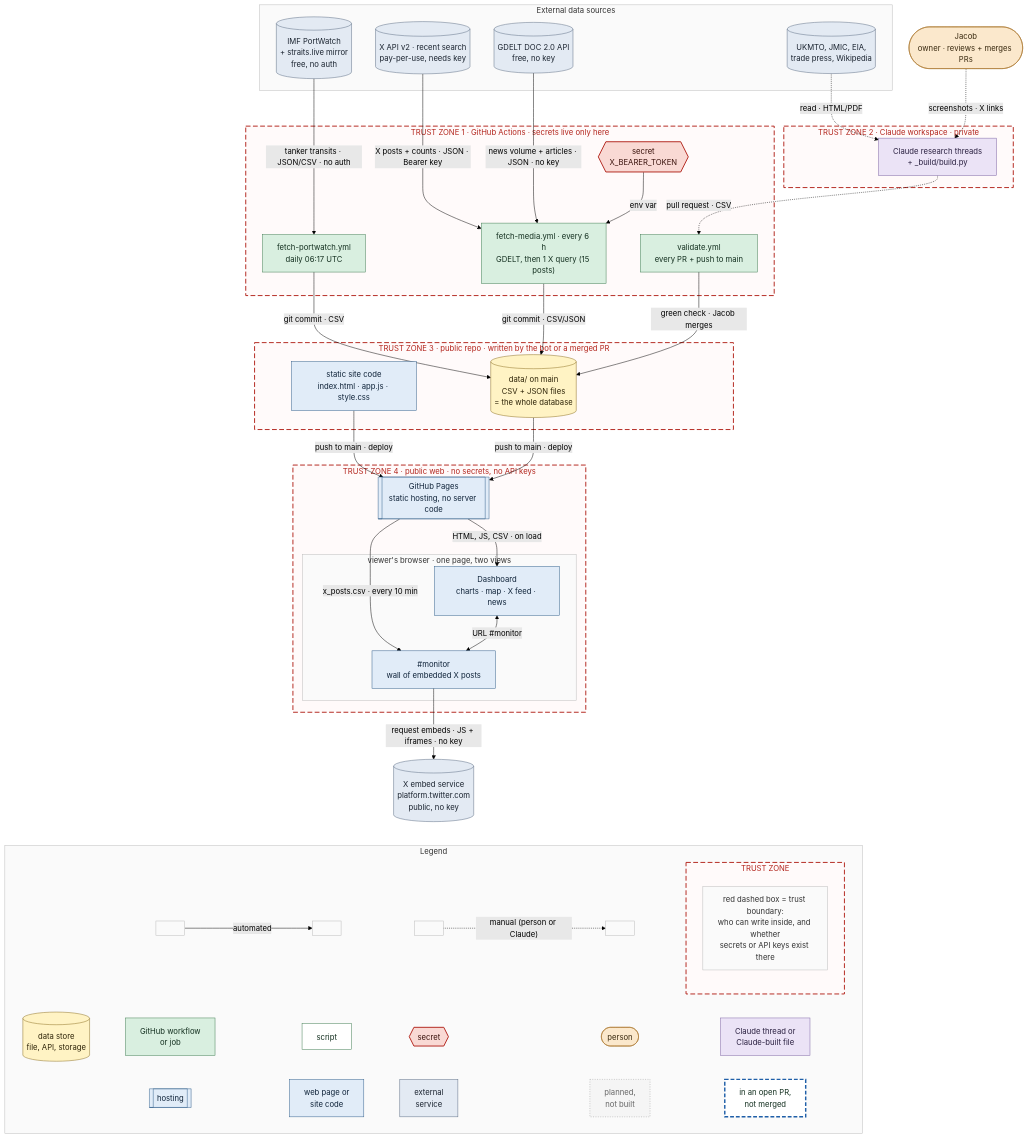
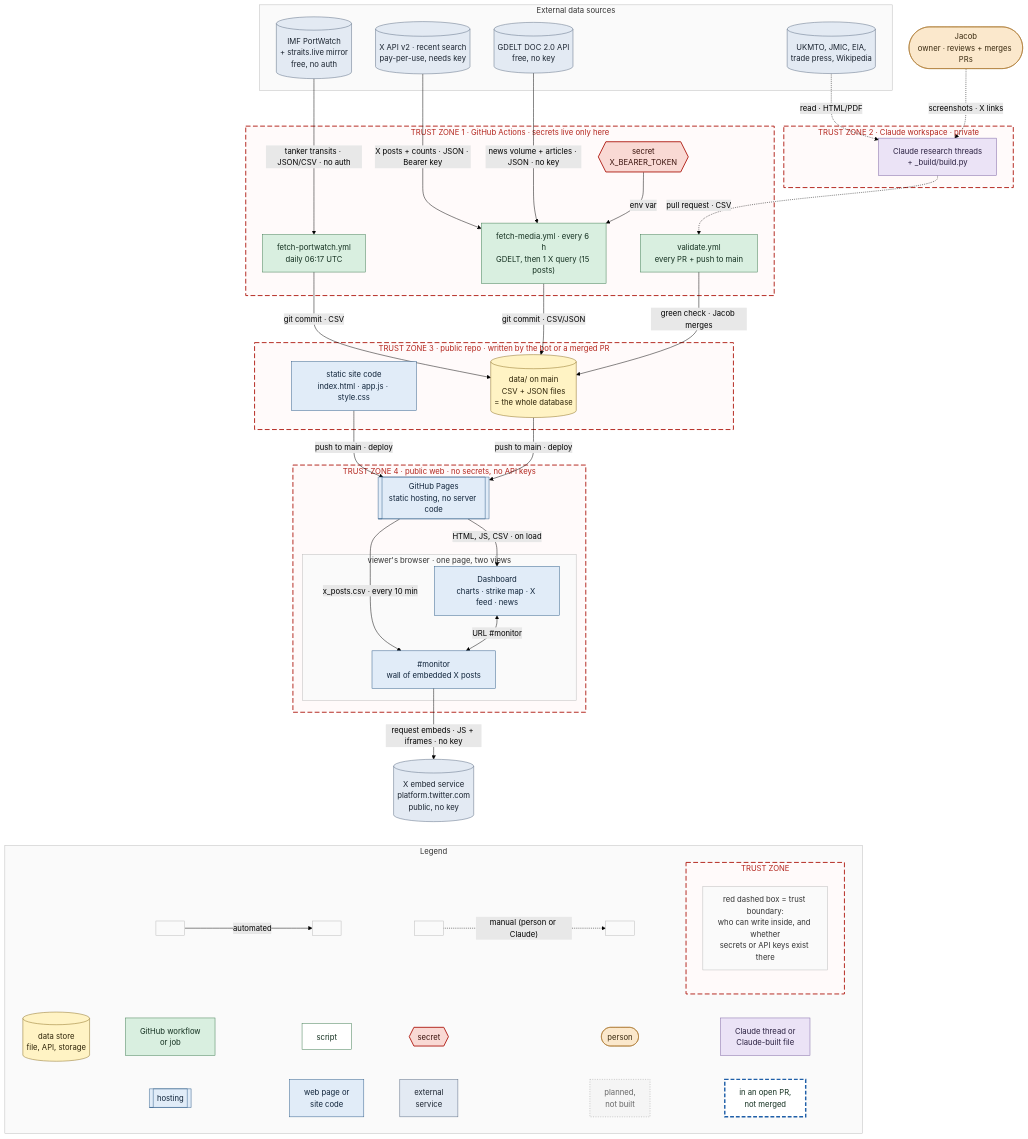
Before and after one commit to jjmargolis/Straight-Tracker: the diagram in docs/architecture/01-overview.mmd, drawn with Mermaid (forest theme). The commit also changed 8 other files, not shown here.

Commit message:
Docs: update architecture diagrams for civil infrastructure and merged cache-busting

```diff
--- a/docs/architecture/01-overview.mmd
+++ b/docs/architecture/01-overview.mmd
@@ -1,102 +1,102 @@
 %% 1. Overview: trust zones and the main data path.
 %% Mermaid source. Render with ./render.sh (ELK layout, right-angle edges).
 %% Edge labels: what · format · cadence · auth. Shapes, colours and line styles: see 00-legend.mmd.
 flowchart TB
   subgraph SRC["External data sources"]
     PW[("IMF PortWatch<br/>+ straits.live mirror<br/>free, no auth")]
     XA[("X API v2 · recent search<br/>pay-per-use, needs key")]
     GD[("GDELT DOC 2.0 API<br/>free, no key")]
     REP[("UKMTO, JMIC, EIA,<br/>trade press, Wikipedia")]
   end
   J(["Jacob<br/>owner · reviews + merges PRs"])
 
   subgraph Z1["TRUST ZONE 1 · GitHub Actions · secrets live only here"]
     PWJ["fetch-portwatch.yml<br/>daily 06:17 UTC"]
     SEC{{"secret<br/>X_BEARER_TOKEN"}}
     MEDIA["fetch-media.yml · every 6 h<br/>GDELT, then 1 X query (15 posts)"]
     VAL["validate.yml<br/>every PR + push to main"]
   end
 
   subgraph Z2["TRUST ZONE 2 · Claude workspace · private"]
     CL["Claude research threads<br/>+ _build/build.py"]
   end
 
   subgraph Z3["TRUST ZONE 3 · public repo · written by the bot or a merged PR"]
     SITE["static site code<br/>index.html · app.js · style.css"]
     DATA[("data/ on main<br/>CSV + JSON files<br/>= the whole database")]
   end
 
   subgraph Z4["TRUST ZONE 4 · public web · no secrets, no API keys"]
     PAGES[["GitHub Pages<br/>static hosting, no server code"]]
     subgraph BR["viewer's browser · one page, two views"]
-      DASH["Dashboard<br/>charts · map · X feed · news"]
+      DASH["Dashboard<br/>charts · strike map · X feed · news"]
       MON["#monitor<br/>wall of embedded X posts"]
     end
   end
   XEMB[("X embed service<br/>platform.twitter.com<br/>public, no key")]
 
   subgraph LEG["Legend"]
     direction LR
     a1[("data store<br/>file, API, storage")] ~~~ a2["GitHub workflow<br/>or job"] ~~~ a3["script"] ~~~ a4{{"secret"}} ~~~ a5(["person"]) ~~~ a6["Claude thread or<br/>Claude-built file"]
     a7[["hosting"]] ~~~ a8["web page or<br/>site code"] ~~~ a9["external<br/>service"] ~~~ a10["planned,<br/>not built"] ~~~ a11["in an open PR,<br/>not merged"]
     b1[" "] -->|"automated"| b2[" "] ~~~ c1[" "] -.->|"manual (person or Claude)"| c2[" "]
     subgraph ZONE["TRUST ZONE"]
       z1["red dashed box = trust boundary:<br/>who can write inside, and whether<br/>secrets or API keys exist there"]
     end
     c2 ~~~ ZONE
   end
 
   XEMB ~~~ LEG
   PW -->|"tanker transits · JSON/CSV · no auth"| PWJ
   XA -->|"X posts + counts · JSON · Bearer key"| MEDIA
   GD -->|"news volume + articles · JSON · no key"| MEDIA
   SEC -->|"env var"| MEDIA
   REP -.->|"read · HTML/PDF"| CL
   J -.->|"screenshots · X links"| CL
   CL -.->|"pull request · CSV"| VAL
   PWJ -->|"git commit · CSV"| DATA
   MEDIA -->|"git commit · CSV/JSON"| DATA
   VAL -->|"green check · Jacob merges"| DATA
   SITE -->|"push to main · deploy"| PAGES
   DATA -->|"push to main · deploy"| PAGES
   PAGES -->|"HTML, JS, CSV · on load"| DASH
   PAGES -->|"x_posts.csv · every 10 min"| MON
   DASH <-->|"URL #monitor"| MON
   MON -->|"request embeds · JS + iframes · no key"| XEMB
 
   classDef ext fill:#e3eaf3,stroke:#5a6b80,color:#1b2430
   classDef human fill:#fbe8cc,stroke:#a8742a,color:#3a2a10
   classDef claude fill:#ebe3f6,stroke:#7a62a3,color:#2a2040
   classDef job fill:#d9efe0,stroke:#3d7a4f,color:#143020
   classDef script fill:#ffffff,stroke:#3d7a4f,color:#143020
   classDef data fill:#fff3c4,stroke:#8a6d1f,color:#2e2408
   classDef site fill:#e1ecf8,stroke:#2f5d8a,color:#10243a
   classDef secret fill:#f9d9d4,stroke:#b3261e,color:#3a120c,stroke-width:2px
   classDef pending stroke:#1f5fa8,stroke-width:3px,stroke-dasharray:8 4
   classDef planned fill:#f5f5f5,stroke:#999999,color:#666666,stroke-dasharray:2 3
   classDef note fill:#fff7d6,stroke:#c9a227,color:#3a2e08
   classDef zone fill:#fffafa,stroke:#b3261e,stroke-width:2px,stroke-dasharray:10 5,color:#b3261e
   classDef group fill:#fafafa,stroke:#bbbbbb,color:#333333
   class PW,XA,GD,REP,XEMB ext
   class J human
   class CL claude
   class PWJ,MEDIA,VAL job
   class DATA data
   class SITE,PAGES,DASH,MON site
   class SEC secret
   class Z1,Z2,Z3,Z4 zone
   class SRC,BR,LEG group
   class a1 data
   class a2 job
   class a3 script
   class a4 secret
   class a5 human
   class a6 claude
   class a7,a8 site
   class a9 ext
   class a10 planned
   class a11 script
   class a11 pending
   class b1,b2,c1,c2 group
   class ZONE zone
   class z1 group
```
